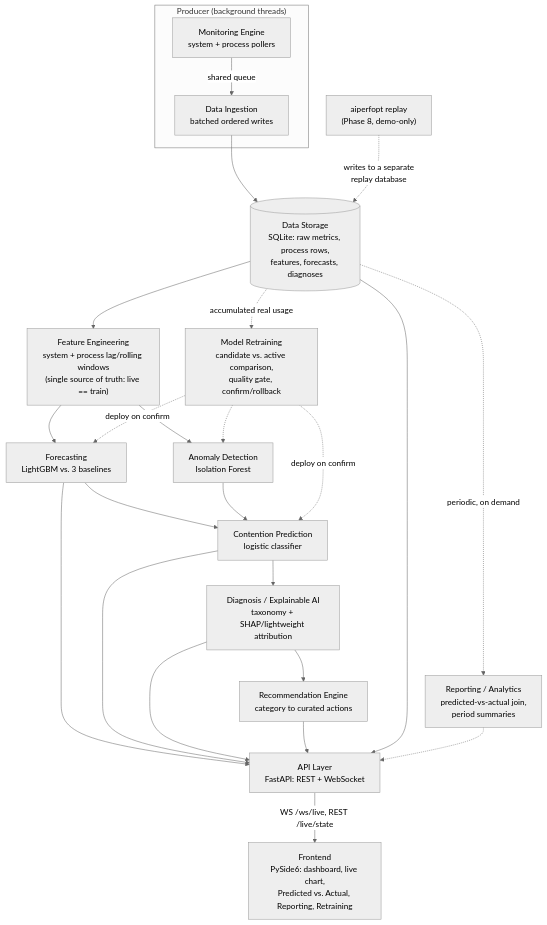
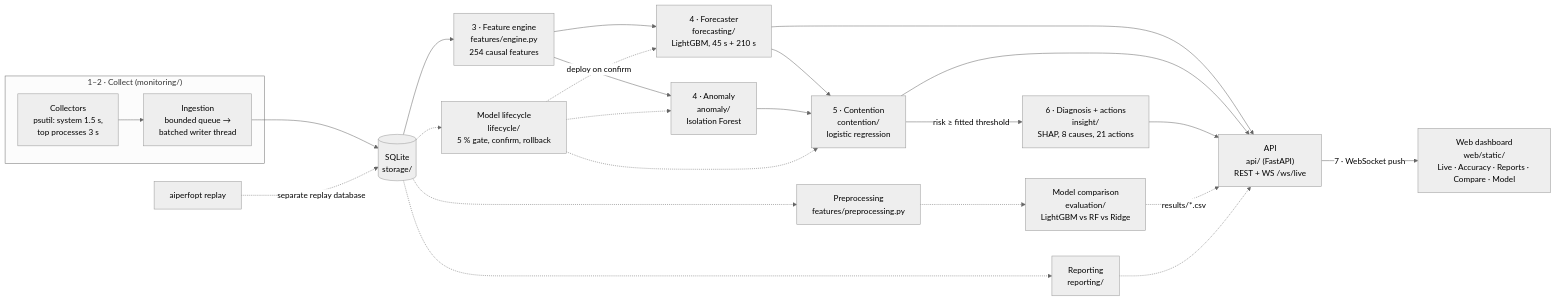
The diagram in docs/architecture.md (rrsd2769/ai-sysopt), drawn with Mermaid (neutral theme) before and after one commit. The commit also changed other lines of this file and 48 other files, not shown here.

First line of the commit message:
Remove the Qt desktop client; aiperfopt run opens the web dashboard

````diff
--- a/docs/architecture.md
+++ b/docs/architecture.md
@@ -18,38 +12,32 @@
 ```mermaid
-flowchart TD
-    subgraph Producer["Producer (background threads)"]
-        MON["Monitoring Engine<br/>system + process pollers"]
-        ING["Data Ingestion<br/>batched ordered writes"]
-        MON -->|shared queue| ING
+flowchart LR
+    subgraph collect["1–2 · Collect (monitoring/)"]
+        COL["Collectors<br/>psutil: system 1.5 s,<br/>top processes 3 s"]
+        ING["Ingestion<br/>bounded queue →<br/>batched writer thread"]
+        COL --> ING
     end
 
-    ING --> STORE[("Data Storage<br/>SQLite: raw metrics, process rows,<br/>features, forecasts, diagnoses")]
+    ING --> DB[("SQLite<br/>storage/")]
 
-    STORE --> FEAT["Feature Engineering<br/>system + process lag/rolling windows<br/>(single source of truth: live == train)"]
+    DB --> FEAT["3 · Feature engine<br/>features/engine.py<br/>254 causal features"]
 
-    FEAT --> FORECAST["Forecasting<br/>LightGBM vs. 3 baselines"]
-    FEAT --> ANOM["Anomaly Detection<br/>Isolation Forest"]
-    FORECAST --> CONT["Contention Prediction<br/>logistic classifier"]
-    ANOM --> CONT
+    FEAT --> FC["4 · Forecaster<br/>forecasting/<br/>LightGBM, 45 s + 210 s"]
+    FEAT --> AN["4 · Anomaly<br/>anomaly/<br/>Isolation Forest"]
+    FC --> CT["5 · Contention<br/>contention/<br/>logistic regression"]
+    AN --> CT
+    CT -->|risk ≥ fitted threshold| DG["6 · Diagnosis + actions<br/>insight/<br/>SHAP, 8 causes, 21 actions"]
 
-    CONT --> DIAG["Diagnosis / Explainable AI<br/>taxonomy + SHAP/lightweight attribution"]
-    DIAG --> REC["Recommendation Engine<br/>category to curated actions"]
+    FC & CT & DG --> API["API<br/>api/ (FastAPI)<br/>REST + WS /ws/live"]
+    API -->|7 · WebSocket push| WEB["Web dashboard<br/>web/static/<br/>Live · Accuracy · Reports · Compare · Model"]
 
-    FORECAST --> API["API Layer<br/>FastAPI: REST + WebSocket"]
-    CONT --> API
-    DIAG --> API
-    REC --> API
-    STORE --> API
-
-    API -->|WS /ws/live, REST /live/state| FRONT["Frontend<br/>PySide6: dashboard, live chart,<br/>Predicted vs. Actual, Reporting, Retraining"]
-
-    STORE -.->|periodic, on demand| REPORT["Reporting / Analytics<br/>predicted-vs-actual join,<br/>period summaries"]
-    REPORT -.-> API
-
-    STORE -.->|accumulated real usage| RETRAIN["Model Retraining<br/>candidate vs. active comparison,<br/>quality gate, confirm/rollback"]
-    RETRAIN -.->|deploy on confirm| FORECAST
-    RETRAIN -.->|deploy on confirm| CONT
-    RETRAIN -.-> ANOM
-
-    REPLAY["aiperfopt replay<br/>(Phase 8, demo-only)"] -.->|writes to a separate<br/>replay database| STORE
+    DB -.-> PRE["Preprocessing<br/>features/preprocessing.py"]
+    PRE -.-> CMP["Model comparison<br/>evaluation/<br/>LightGBM vs RF vs Ridge"]
+    CMP -.->|results/*.csv| API
+    DB -.-> LC["Model lifecycle<br/>lifecycle/<br/>5 % gate, confirm, rollback"]
+    LC -.->|deploy on confirm| FC
+    LC -.-> CT
+    LC -.-> AN
+    DB -.-> REP["Reporting<br/>reporting/"]
+    REP -.-> API
+    REPLAY["aiperfopt replay"] -.->|separate replay database| DB
 ```
````
